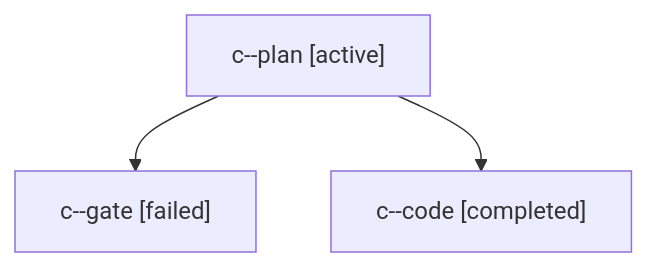
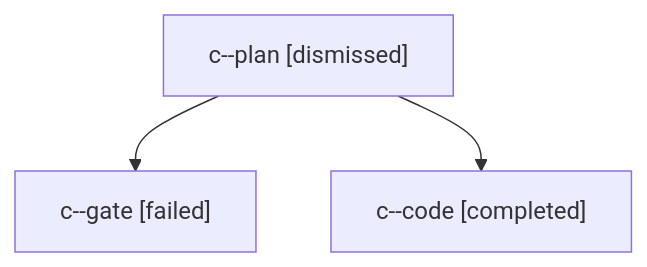
The diagram in sessions/bbugyi200.athena.c.md (sase-org/sase--agents), drawn with Mermaid before and after one commit. The commit also changed other lines of this file and 24 other files, not shown here.

````diff
--- a/sessions/bbugyi200.athena.c.md
+++ b/sessions/bbugyi200.athena.c.md
@@ -9,8 +9,8 @@
 ```mermaid
 flowchart TD
-  n0["c--plan [active]"]
+  n0["c--plan [dismissed]"]
   n1["c--gate [failed]"]
   n0 --> n1
   n2["c--code [completed]"]
   n0 --> n2
 ```
````
